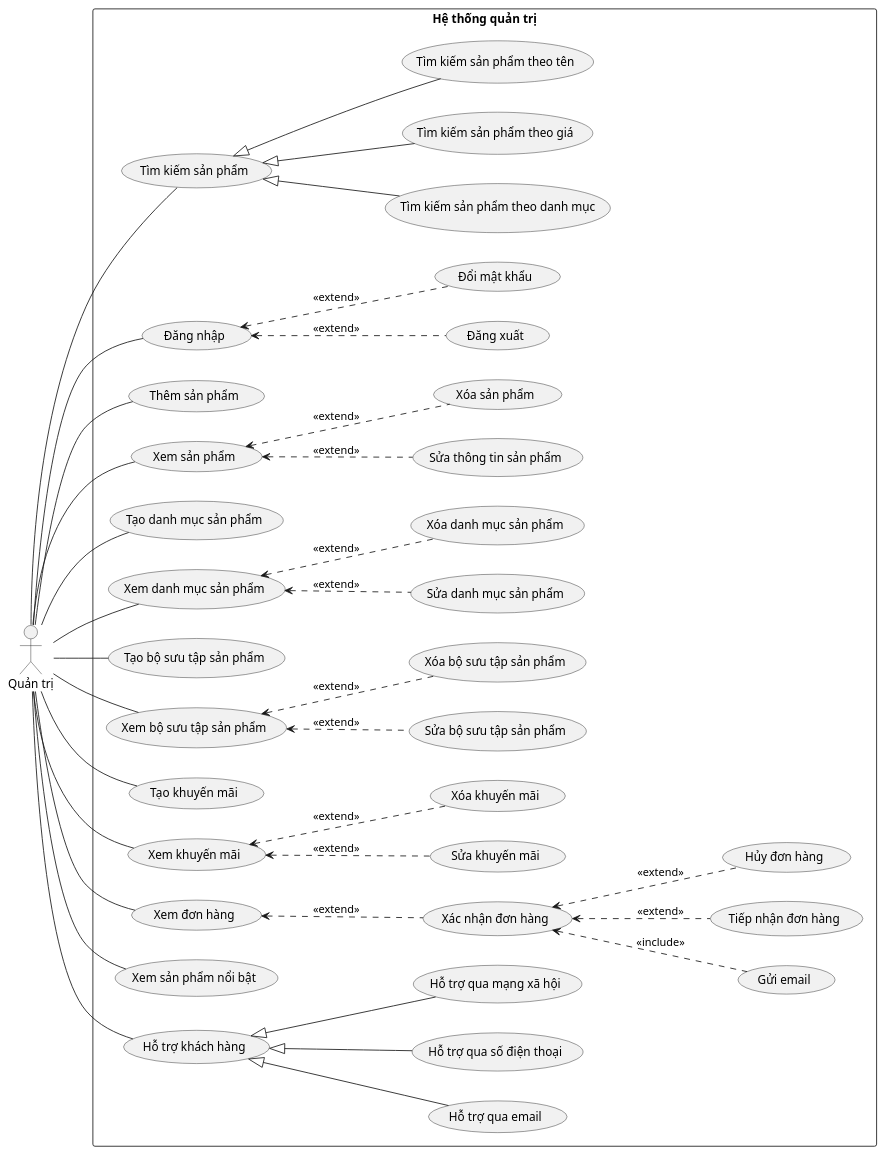
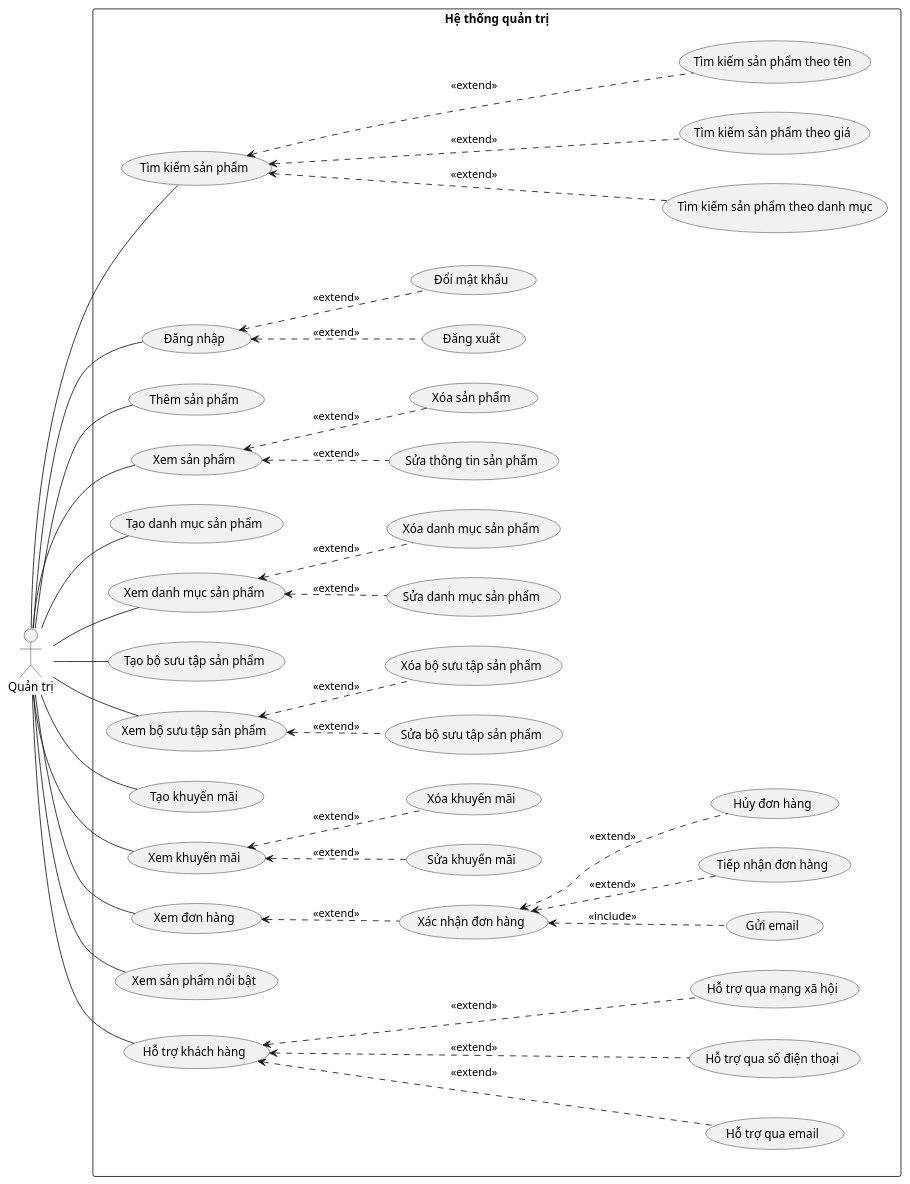
One commit to tuankietcoderr/SE357-Practice-class changed the diagram in Lab1/Lab1.2/Usecase/QT/Lab1.2-QT.puml. Above: the diagram before and after it, drawn with PlantUML. The commit also changed 3 other files, not shown here.

```diff
--- a/Lab1/Lab1.2/Usecase/QT/Lab1.2-QT.puml
+++ b/Lab1/Lab1.2/Usecase/QT/Lab1.2-QT.puml
@@ -1,40 +1,40 @@
 @startuml Use case Quản trị
 left to right direction
 actor "Quản trị" as QT
 
 rectangle "Hệ thống quản trị" {
     QT -down- (Tìm kiếm sản phẩm)
     QT -down- (Đăng nhập)
     QT -down- (Thêm sản phẩm)
     QT -down- (Xem sản phẩm)
     QT -down- (Tạo danh mục sản phẩm)
     QT -down- (Xem danh mục sản phẩm)
     QT -down- (Tạo bộ sưu tập sản phẩm)
     QT -down- (Xem bộ sưu tập sản phẩm)
     QT -down- (Tạo khuyến mãi)
     QT -down- (Xem khuyến mãi)
     QT -down- (Xem đơn hàng)
     QT -down- (Xem sản phẩm nổi bật)
     QT -down- (Hỗ trợ khách hàng)
-    (Tìm kiếm sản phẩm) <|-down- (Tìm kiếm sản phẩm theo danh mục)
-    (Tìm kiếm sản phẩm) <|-down- (Tìm kiếm sản phẩm theo giá)
-    (Tìm kiếm sản phẩm) <|-down- (Tìm kiếm sản phẩm theo tên)
+    (Tìm kiếm sản phẩm) <.-down- (Tìm kiếm sản phẩm theo danh mục) : <<extend>>
+    (Tìm kiếm sản phẩm) <.-down- (Tìm kiếm sản phẩm theo giá) : <<extend>>
+    (Tìm kiếm sản phẩm) <.-down- (Tìm kiếm sản phẩm theo tên) : <<extend>>
     (Đăng nhập) <.down- (Đăng xuất) : <<extend>>
     (Đăng nhập) <.down- (Đổi mật khẩu) : <<extend>>
     (Xem sản phẩm) <.down- (Sửa thông tin sản phẩm) : <<extend>>
     (Xem sản phẩm) <.down- (Xóa sản phẩm) : <<extend>>
     (Xem danh mục sản phẩm) <.down- (Sửa danh mục sản phẩm) : <<extend>>
     (Xem danh mục sản phẩm) <.down- (Xóa danh mục sản phẩm) : <<extend>>
     (Xem bộ sưu tập sản phẩm) <.down- (Sửa bộ sưu tập sản phẩm) : <<extend>>
     (Xem bộ sưu tập sản phẩm) <.down- (Xóa bộ sưu tập sản phẩm) : <<extend>>
     (Xem khuyến mãi) <.down- (Sửa khuyến mãi) : <<extend>>
     (Xem khuyến mãi) <.down- (Xóa khuyến mãi) : <<extend>>
     (Xem đơn hàng) <.down- (Xác nhận đơn hàng) : <<extend>>
     (Xác nhận đơn hàng) <.down- (Gửi email) : <<include>>
     (Xác nhận đơn hàng) <.down- (Tiếp nhận đơn hàng) : <<extend>>
     (Xác nhận đơn hàng) <.down- (Hủy đơn hàng) : <<extend>>
-    (Hỗ trợ khách hàng) <|-down- (Hỗ trợ qua email)
-    (Hỗ trợ khách hàng) <|-down- (Hỗ trợ qua số điện thoại)
-    (Hỗ trợ khách hàng) <|-down- (Hỗ trợ qua mạng xã hội)
+    (Hỗ trợ khách hàng) <.-down- (Hỗ trợ qua email) : <<extend>>
+    (Hỗ trợ khách hàng) <.-down- (Hỗ trợ qua số điện thoại) : <<extend>>
+    (Hỗ trợ khách hàng) <.-down- (Hỗ trợ qua mạng xã hội) : <<extend>>
 }
 @enduml
```
